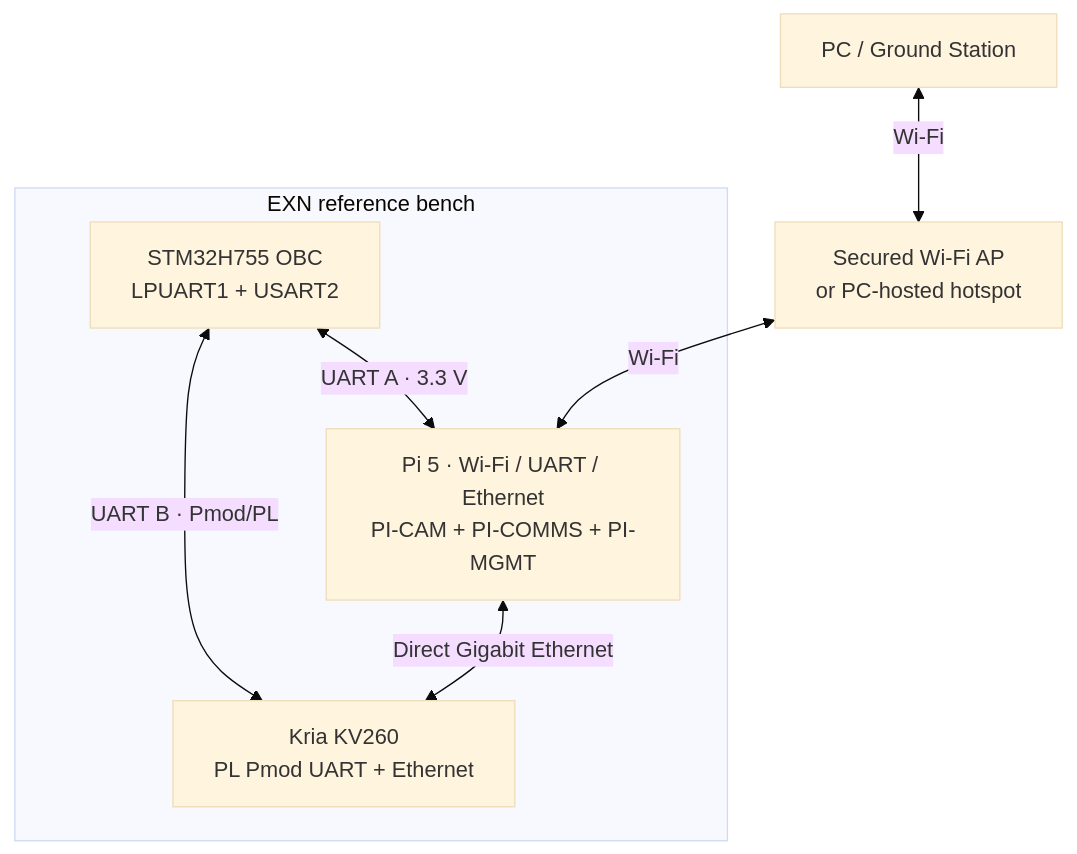
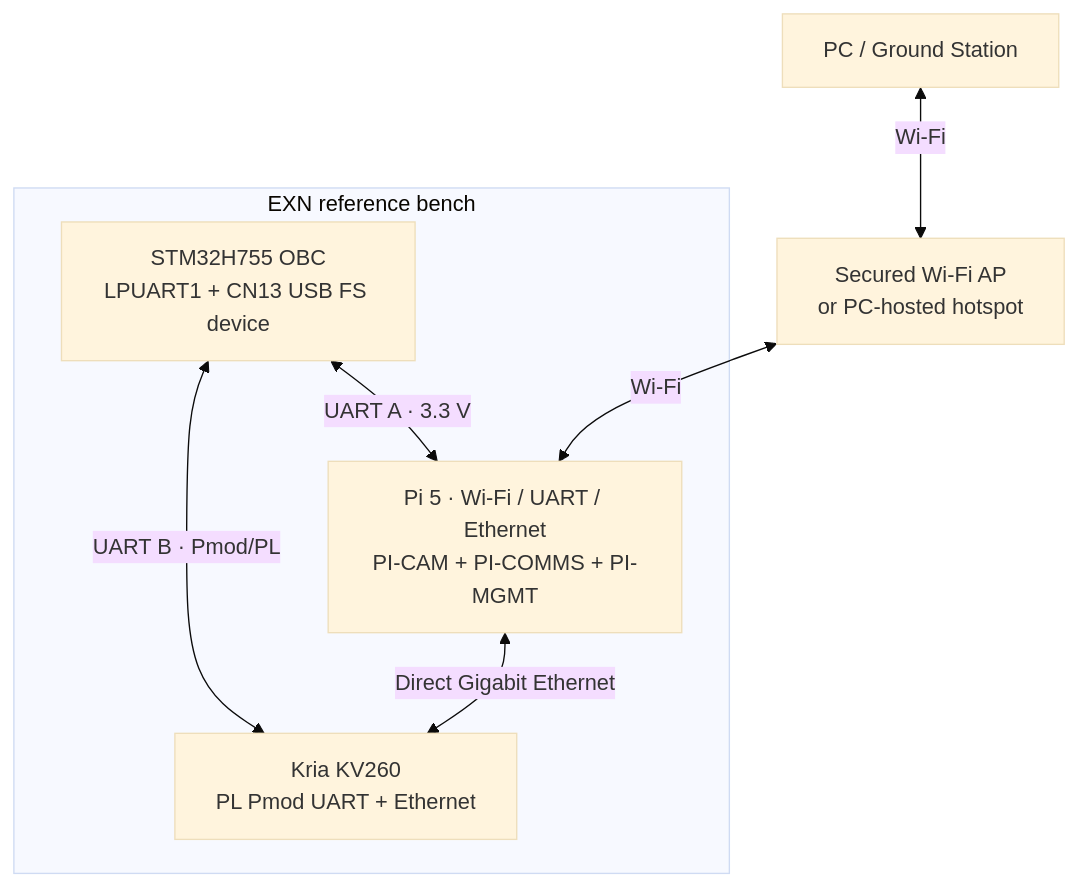
One commit to ExoSpaceLabs/exn changed the third of 10 diagrams in docs/architecture.md. Above: the diagram before and after it, drawn with Mermaid (base theme).

Commit message:
docs(exn): adopt USB CDC KV260 control without PL

````diff
--- a/docs/architecture.md
+++ b/docs/architecture.md
@@ -116,15 +116,15 @@
 ```mermaid
 flowchart TB
   GS["PC / Ground Station"]
   WIFI["Secured Wi-Fi AP<br/>or PC-hosted hotspot"]
   subgraph BENCH["EXN reference bench"]
     PI5["Pi 5 · Wi-Fi / UART / Ethernet<br/>PI-CAM + PI-COMMS + PI-MGMT"]
-    MCU["STM32H755 OBC<br/>LPUART1 + USART2"]
+    MCU["STM32H755 OBC<br/>LPUART1 + CN13 USB FS device"]
     FPGA["Kria KV260<br/>PL Pmod UART + Ethernet"]
     MCU <-->|"UART A · 3.3 V"| PI5
     MCU <-->|"UART B · Pmod/PL"| FPGA
     PI5 <-->|"Direct Gigabit Ethernet"| FPGA
   end
   GS <-->|"Wi-Fi"| WIFI
   WIFI <-->|"Wi-Fi"| PI5
 ```
````
